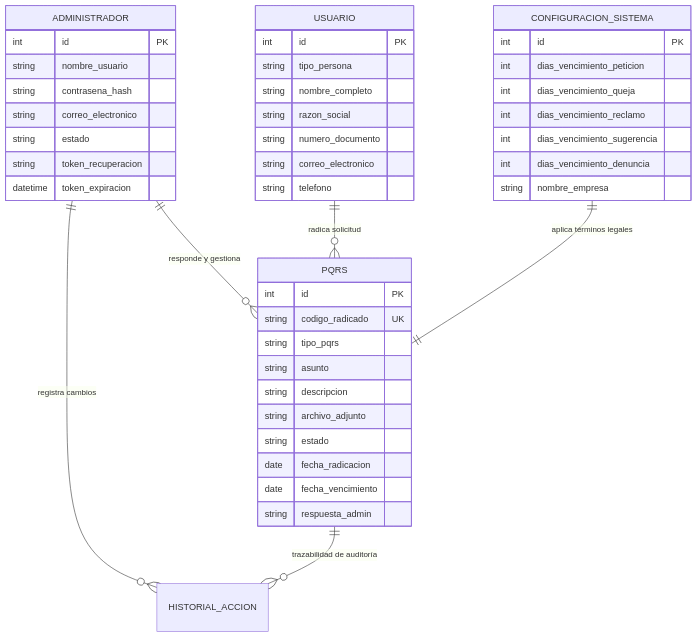
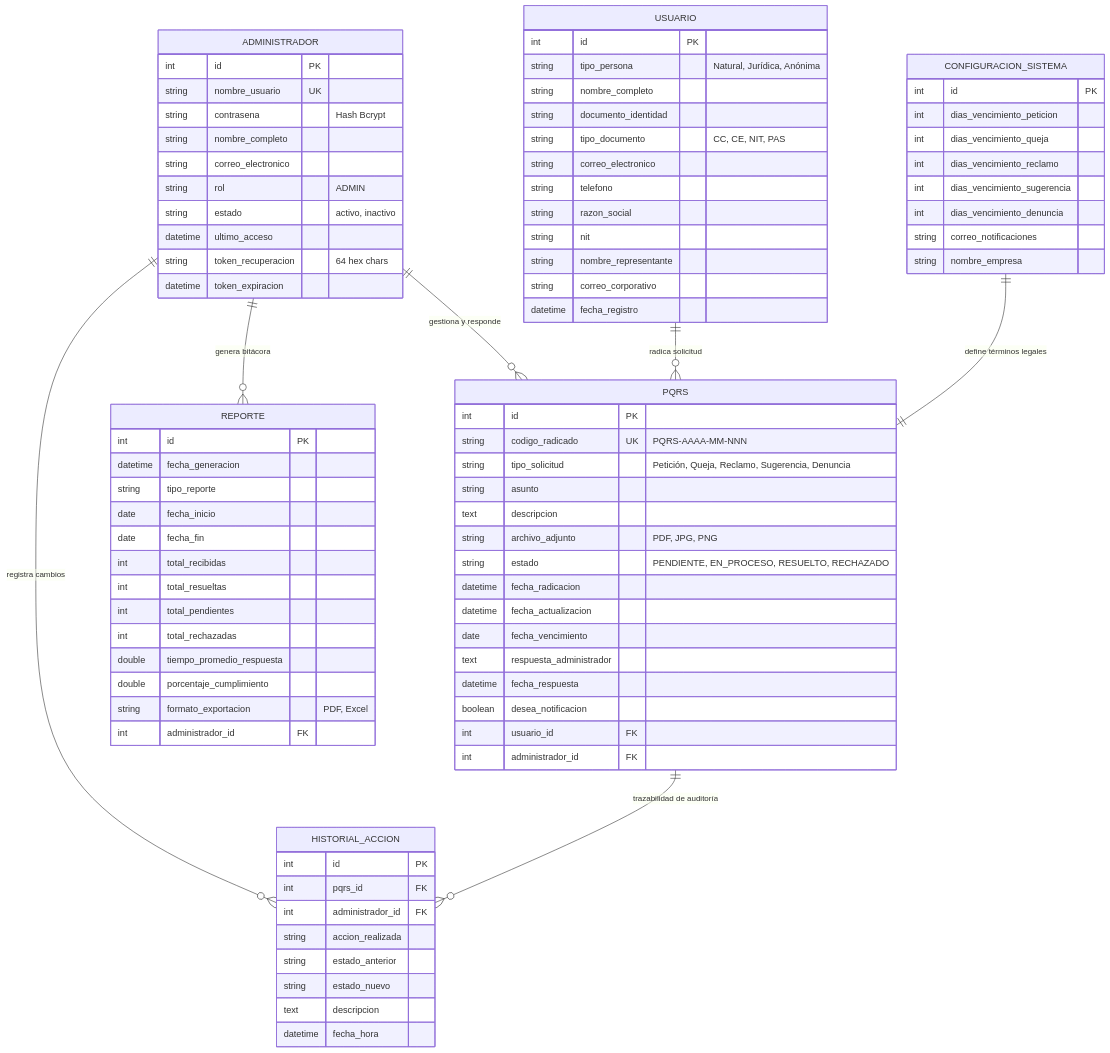
The second of 2 diagrams in docs/Especificacion_Requisitos.md (Santiago072/SistemaPQRS), drawn with Mermaid before and after one commit. The commit also changed other lines of this file, not shown here.

Commit message:
docs: redisenar diagrama de ciclo de vida PQRS en formato horizontal y completar diagrama ER con todas las tablas y atributos

````diff
--- a/docs/Especificacion_Requisitos.md
+++ b/docs/Especificacion_Requisitos.md
@@ -34,42 +45,56 @@
 ```mermaid
 erDiagram
+    ADMINISTRADOR ||--o{ PQRS : "gestiona y responde"
     ADMINISTRADOR ||--o{ HISTORIAL_ACCION : "registra cambios"
-    ADMINISTRADOR ||--o{ PQRS : "responde y gestiona"
+    ADMINISTRADOR ||--o{ REPORTE : "genera bitácora"
     USUARIO ||--o{ PQRS : "radica solicitud"
-    CONFIGURACION_SISTEMA ||--|| PQRS : "aplica términos legales"
+    CONFIGURACION_SISTEMA ||--|| PQRS : "define términos legales"
     PQRS ||--o{ HISTORIAL_ACCION : "trazabilidad de auditoría"
     
     ADMINISTRADOR {
         int id PK
-        string nombre_usuario
-        string contrasena_hash
+        string nombre_usuario UK
+        string contrasena "Hash Bcrypt"
+        string nombre_completo
         string correo_electronico
-        string estado
-        string token_recuperacion
+        string rol "ADMIN"
+        string estado "activo, inactivo"
+        datetime ultimo_acceso
+        string token_recuperacion "64 hex chars"
         datetime token_expiracion
     }
 
     USUARIO {
         int id PK
-        string tipo_persona
+        string tipo_persona "Natural, Jurídica, Anónima"
         string nombre_completo
-        string razon_social
-        string numero_documento
+        string documento_identidad
+        string tipo_documento "CC, CE, NIT, PAS"
         string correo_electronico
         string telefono
+        string razon_social
+        string nit
+        string nombre_representante
+        string correo_corporativo
+        datetime fecha_registro
     }
 
     PQRS {
         int id PK
-        string codigo_radicado UK
-        string tipo_pqrs
+        string codigo_radicado UK "PQRS-AAAA-MM-NNN"
+        string tipo_solicitud "Petición, Queja, Reclamo, Sugerencia, Denuncia"
         string asunto
-        string descripcion
-        string archivo_adjunto
-        string estado
-        date fecha_radicacion
+        text descripcion
+        string archivo_adjunto "PDF, JPG, PNG"
+        string estado "PENDIENTE, EN_PROCESO, RESUELTO, RECHAZADO"
+        datetime fecha_radicacion
+        datetime fecha_actualizacion
         date fecha_vencimiento
-        string respuesta_admin
+        text respuesta_administrador
+        datetime fecha_respuesta
+        boolean desea_notificacion
+        int usuario_id FK
+        int administrador_id FK
     }
 
     CONFIGURACION_SISTEMA {
@@ -79,6 +104,34 @@
         int dias_vencimiento_reclamo
         int dias_vencimiento_sugerencia
         int dias_vencimiento_denuncia
+        string correo_notificaciones
         string nombre_empresa
     }
+
+    HISTORIAL_ACCION {
+        int id PK
+        int pqrs_id FK
+        int administrador_id FK
+        string accion_realizada
+        string estado_anterior
+        string estado_nuevo
+        text descripcion
+        datetime fecha_hora
+    }
+
+    REPORTE {
+        int id PK
+        datetime fecha_generacion
+        string tipo_reporte
+        date fecha_inicio
+        date fecha_fin
+        int total_recibidas
+        int total_resueltas
+        int total_pendientes
+        int total_rechazadas
+        double tiempo_promedio_respuesta
+        double porcentaje_cumplimiento
+        string formato_exportacion "PDF, Excel"
+        int administrador_id FK
+    }
 ```
````
